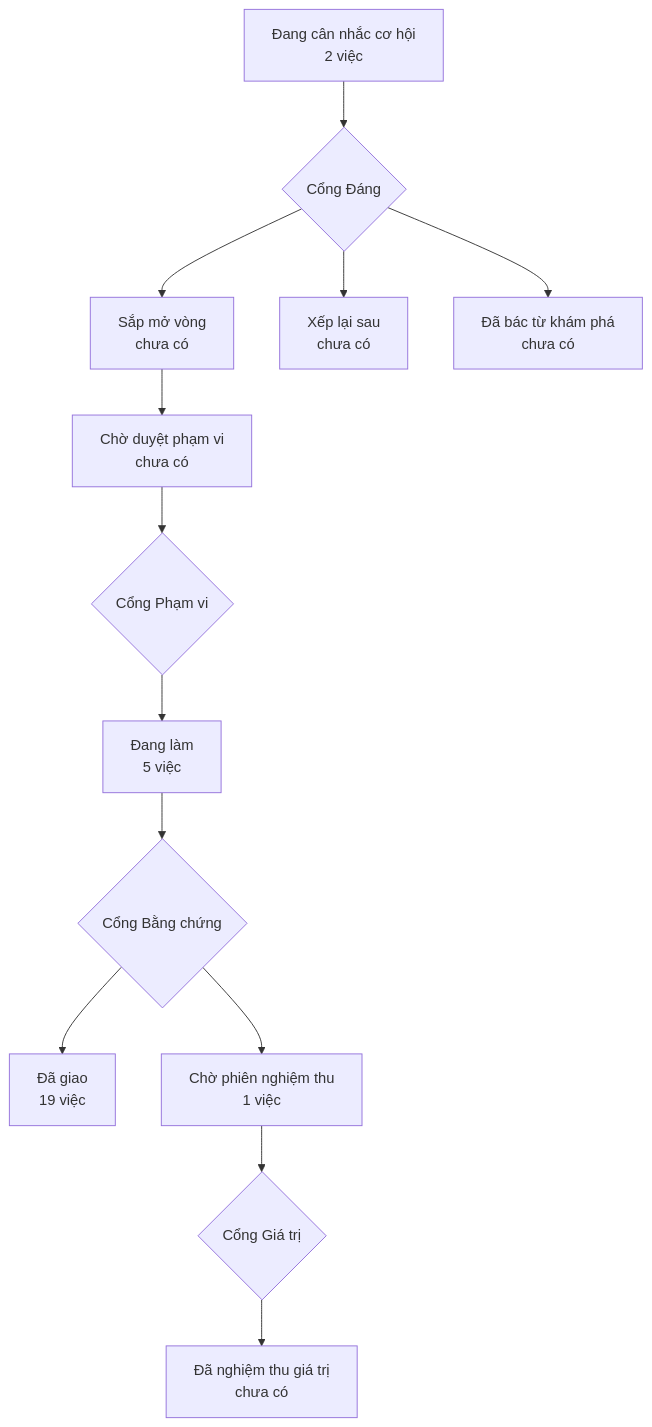
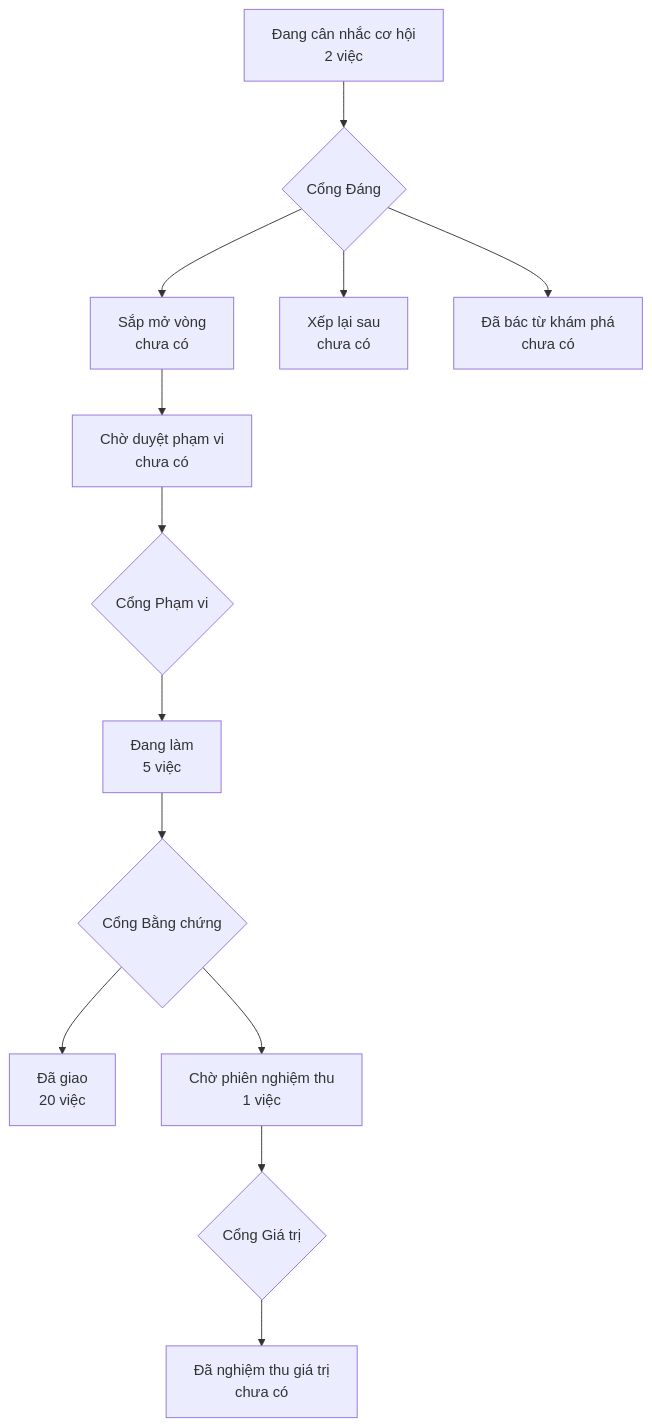
Before and after one commit to phanlemanh/crm-onehub: the diagram in PRODUCT-MAP.md, drawn with Mermaid. The commit also changed other lines of this file and 3 other files, not shown here.

````diff
--- a/PRODUCT-MAP.md
+++ b/PRODUCT-MAP.md
@@ -6,12 +6,12 @@
 ```mermaid
 flowchart TD
   A["Đang cân nhắc cơ hội<br/>2 việc"] --> GD{"Cổng Đáng"}
   GD --> B["Sắp mở vòng<br/>chưa có"]
   GD --> XL["Xếp lại sau<br/>chưa có"]
   GD --> DB["Đã bác từ khám phá<br/>chưa có"]
   B --> CD["Chờ duyệt phạm vi<br/>chưa có"] --> GP{"Cổng Phạm vi"}
   GP --> DL["Đang làm<br/>5 việc"] --> GB{"Cổng Bằng chứng"}
-  GB --> DG["Đã giao<br/>19 việc"]
+  GB --> DG["Đã giao<br/>20 việc"]
   GB --> CN["Chờ phiên nghiệm thu<br/>1 việc"] --> GG{"Cổng Giá trị"}
   GG --> NT["Đã nghiệm thu giá trị<br/>chưa có"]
 ```
````
